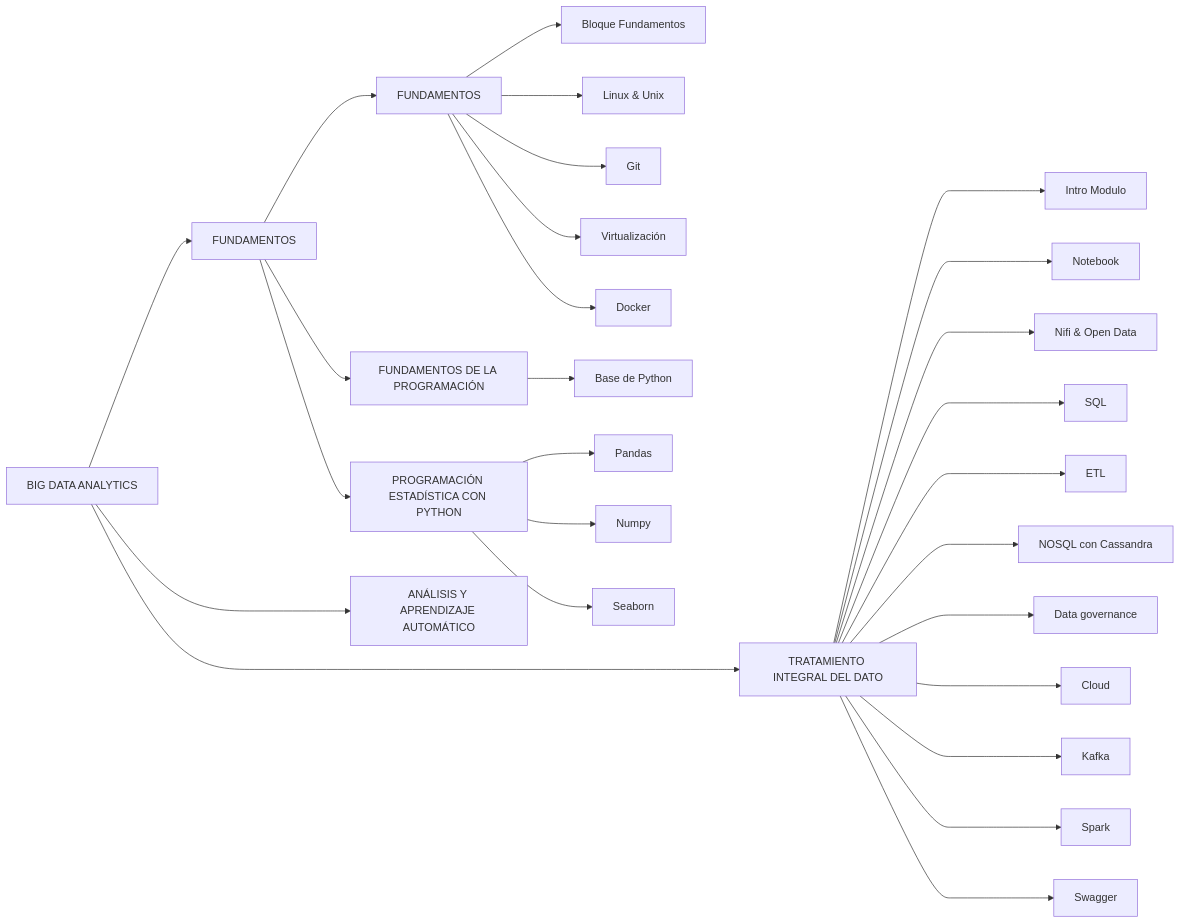
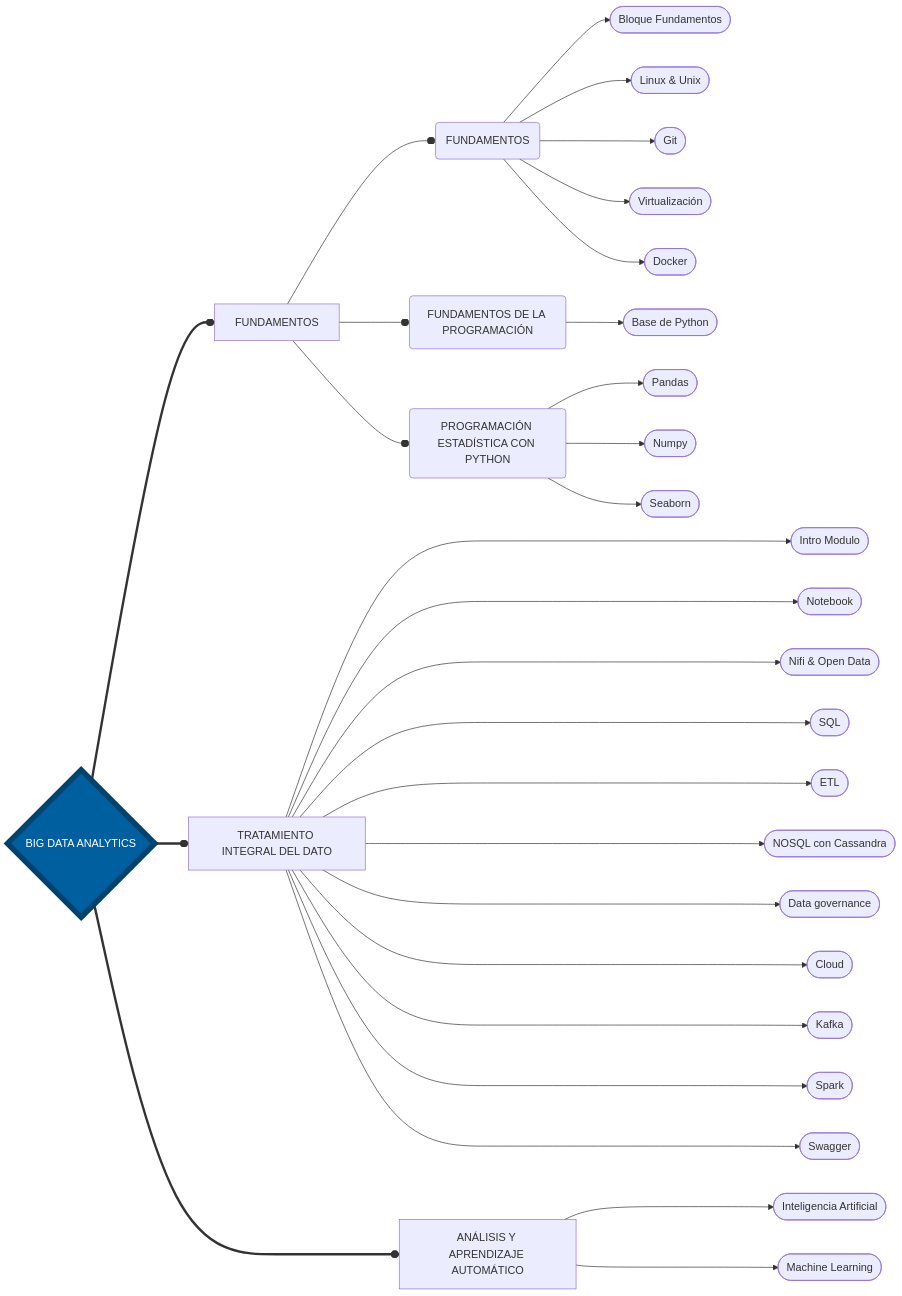
The diagram in README.md (alozk/Master-Big-Data-Analytics), drawn with Mermaid before and after one commit.

````diff
--- a/README.md
+++ b/README.md
@@ -1,29 +1,32 @@
 ```mermaid
 flowchart LR
-A[BIG DATA ANALYTICS] -->B[FUNDAMENTOS];
-A[BIG DATA ANALYTICS] ----->C[TRATAMIENTO INTEGRAL DEL DATO];
-B[FUNDAMENTOS] -->D[FUNDAMENTOS];
-B[FUNDAMENTOS] -->E[FUNDAMENTOS DE LA PROGRAMACIÓN]
-B[FUNDAMENTOS] -->F[PROGRAMACIÓN ESTADÍSTICA CON PYTHON]
-D[FUNDAMENTOS] -->G[Bloque Fundamentos]
-D[FUNDAMENTOS] -->H[Linux & Unix]
-D[FUNDAMENTOS] -->I[Git]
-D[FUNDAMENTOS] -->J[Virtualización]
-D[FUNDAMENTOS] -->K[Docker]
-C[TRATAMIENTO INTEGRAL DEL DATO] ---->L[Intro Modulo]
-C[TRATAMIENTO INTEGRAL DEL DATO] ---->M[Notebook]
-C[TRATAMIENTO INTEGRAL DEL DATO] ---->N[Nifi & Open Data]
-C[TRATAMIENTO INTEGRAL DEL DATO] ---->O[SQL]
-C[TRATAMIENTO INTEGRAL DEL DATO] ---->P[ETL]
-C[TRATAMIENTO INTEGRAL DEL DATO] ---->Q[NOSQL con Cassandra]
-C[TRATAMIENTO INTEGRAL DEL DATO] ---->R[Data governance]
-C[TRATAMIENTO INTEGRAL DEL DATO] ---->S[Cloud]
-C[TRATAMIENTO INTEGRAL DEL DATO] ---->T[Kafka]
-C[TRATAMIENTO INTEGRAL DEL DATO] ---->U[Spark]
-C[TRATAMIENTO INTEGRAL DEL DATO] ---->V[Swagger]
-E[FUNDAMENTOS DE LA PROGRAMACIÓN] -->W[Base de Python]
-F[PROGRAMACIÓN ESTADÍSTICA CON PYTHON] -->X[Pandas]
-F[PROGRAMACIÓN ESTADÍSTICA CON PYTHON] -->Y[Numpy]
-F[PROGRAMACIÓN ESTADÍSTICA CON PYTHON] -->Z[Seaborn]
-A[BIG DATA ANALYTICS] --->ZA[ANÁLISIS Y APRENDIZAJE AUTOMÁTICO];
+A{BIG DATA ANALYTICS} ==oB[FUNDAMENTOS]
+style A fill:#005F9F,stroke:#00426E,stroke-width:8px,color:#FFFFFF;
+A{BIG DATA ANALYTICS} ==oC[TRATAMIENTO INTEGRAL DEL DATO];
+B[FUNDAMENTOS] --oD(FUNDAMENTOS);
+B[FUNDAMENTOS] --oE(FUNDAMENTOS DE LA PROGRAMACIÓN)
+B[FUNDAMENTOS] --oF(PROGRAMACIÓN ESTADÍSTICA CON PYTHON)
+D(FUNDAMENTOS) -->G([Bloque Fundamentos])
+D(FUNDAMENTOS) -->H([Linux & Unix])
+D(FUNDAMENTOS) -->I([Git])
+D(FUNDAMENTOS) -->J([Virtualización])
+D(FUNDAMENTOS) -->K([Docker])
+C[TRATAMIENTO INTEGRAL DEL DATO] ---->L([Intro Modulo])
+C[TRATAMIENTO INTEGRAL DEL DATO] ---->M([Notebook])
+C[TRATAMIENTO INTEGRAL DEL DATO] ---->N([Nifi & Open Data])
+C[TRATAMIENTO INTEGRAL DEL DATO] ---->O([SQL])
+C[TRATAMIENTO INTEGRAL DEL DATO] ---->P([ETL])
+C[TRATAMIENTO INTEGRAL DEL DATO] ---->Q([NOSQL con Cassandra])
+C[TRATAMIENTO INTEGRAL DEL DATO] ---->R([Data governance])
+C[TRATAMIENTO INTEGRAL DEL DATO] ---->S([Cloud])
+C[TRATAMIENTO INTEGRAL DEL DATO] ---->T([Kafka])
+C[TRATAMIENTO INTEGRAL DEL DATO] ---->U([Spark])
+C[TRATAMIENTO INTEGRAL DEL DATO] ---->V([Swagger])
+E(FUNDAMENTOS DE LA PROGRAMACIÓN) -->W([Base de Python])
+F(PROGRAMACIÓN ESTADÍSTICA CON PYTHON) -->X([Pandas])
+F(PROGRAMACIÓN ESTADÍSTICA CON PYTHON) -->Y([Numpy])
+F(PROGRAMACIÓN ESTADÍSTICA CON PYTHON) -->Z([Seaborn])
+A{BIG DATA ANALYTICS} ===oZA[ANÁLISIS Y APRENDIZAJE AUTOMÁTICO];
+ZA[ANÁLISIS Y APRENDIZAJE AUTOMÁTICO] --->ZB([Inteligencia Artificial])
+ZA[ANÁLISIS Y APRENDIZAJE AUTOMÁTICO] --->ZC([Machine Learning])
 ```
````
